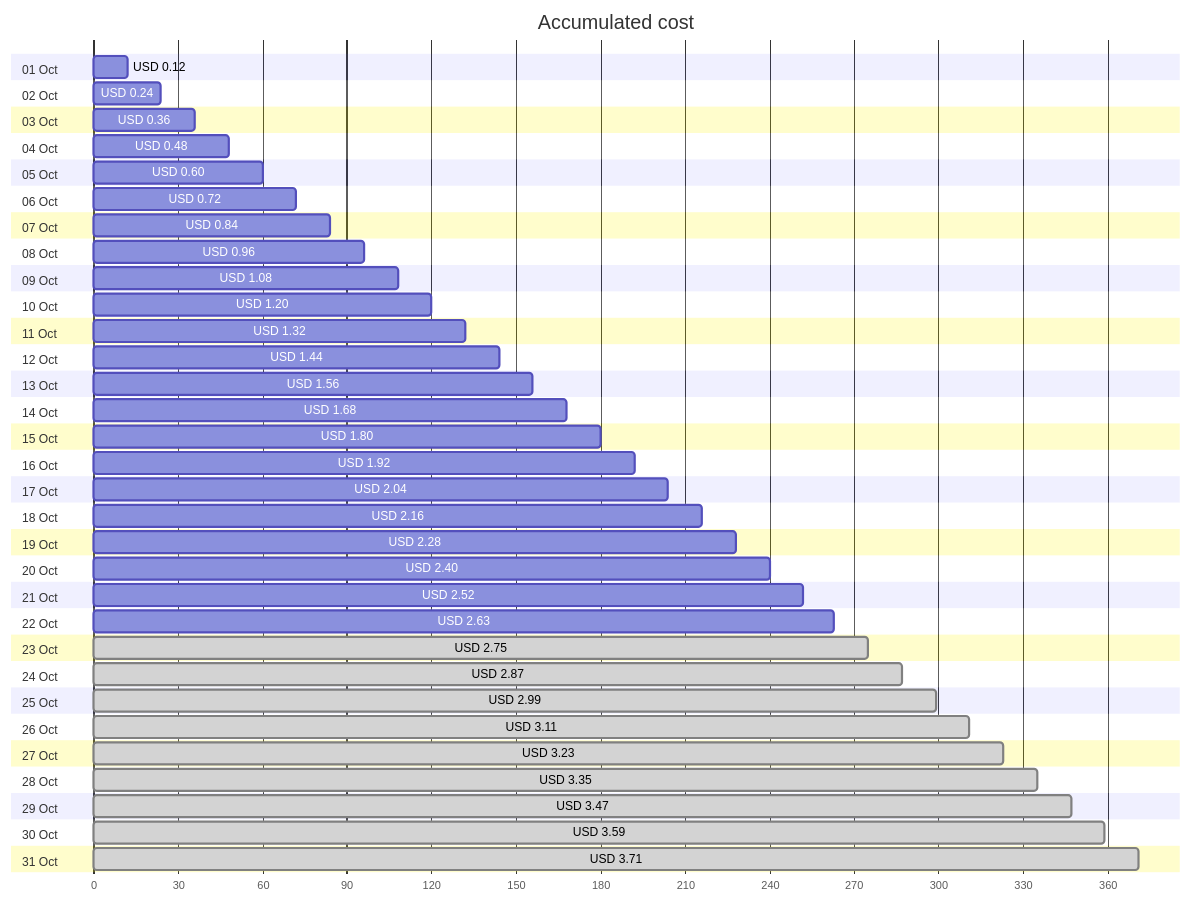
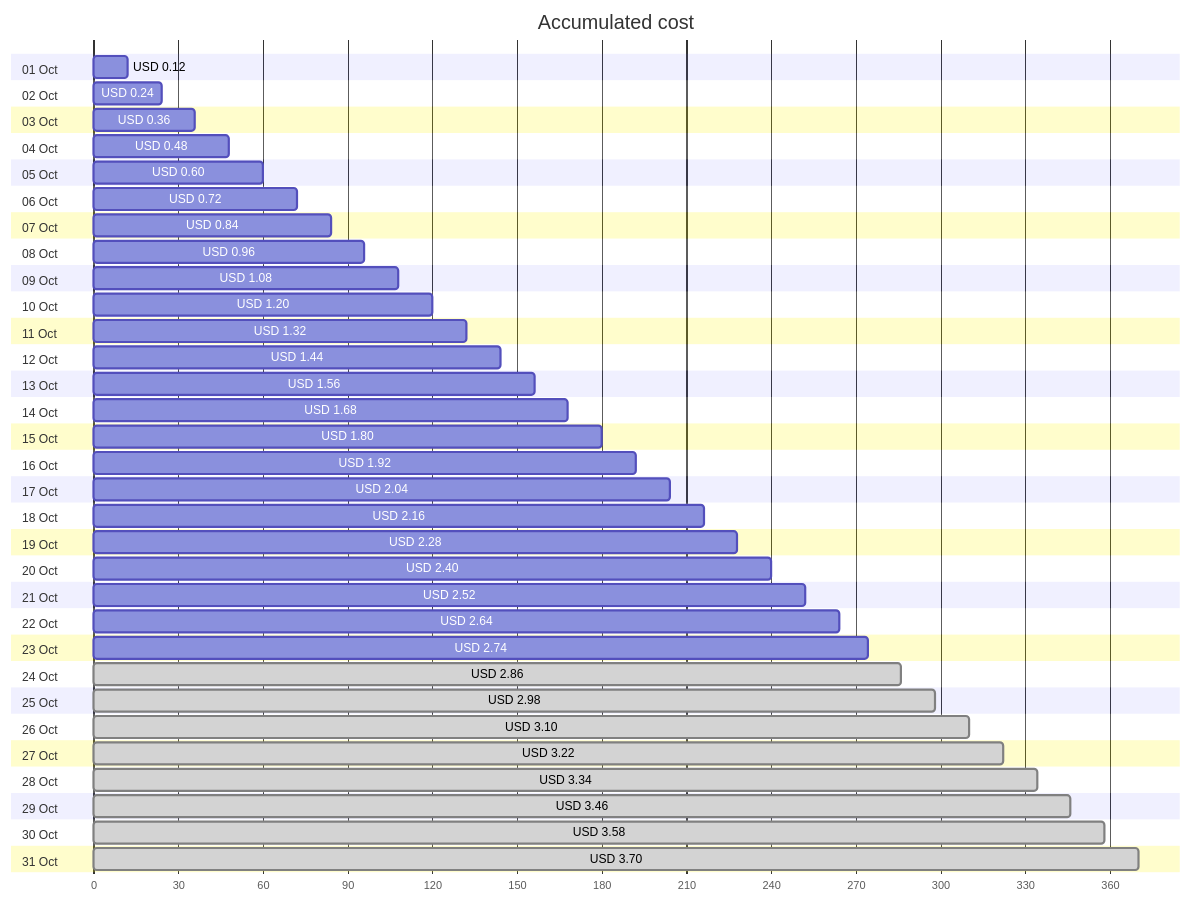
The first of 4 diagrams in cost-reports/personal-network/backup-server-public-ip.md (jpfulton/azure-personal-reports), drawn with Mermaid before and after one commit. The commit also changed other lines of this file and 8 other files, not shown here.

````diff
--- a/cost-reports/personal-network/backup-server-public-ip.md
+++ b/cost-reports/personal-network/backup-server-public-ip.md
@@ -20,68 +20,68 @@
 ```mermaid
 gantt
    title Accumulated cost
    dateFormat  X
    axisFormat %s
    section 01 Oct
    USD 0.12 :0, 12
    section 02 Oct
    USD 0.24 :0, 24
    section 03 Oct
    USD 0.36 :0, 36
    section 04 Oct
    USD 0.48 :0, 48
    section 05 Oct
    USD 0.60 :0, 60
    section 06 Oct
    USD 0.72 :0, 72
    section 07 Oct
    USD 0.84 :0, 84
    section 08 Oct
    USD 0.96 :0, 96
    section 09 Oct
    USD 1.08 :0, 108
    section 10 Oct
    USD 1.20 :0, 120
    section 11 Oct
    USD 1.32 :0, 132
    section 12 Oct
    USD 1.44 :0, 144
    section 13 Oct
    USD 1.56 :0, 156
    section 14 Oct
    USD 1.68 :0, 168
    section 15 Oct
    USD 1.80 :0, 180
    section 16 Oct
    USD 1.92 :0, 192
    section 17 Oct
    USD 2.04 :0, 204
    section 18 Oct
    USD 2.16 :0, 216
    section 19 Oct
    USD 2.28 :0, 228
    section 20 Oct
    USD 2.40 :0, 240
    section 21 Oct
    USD 2.52 :0, 252
    section 22 Oct
-   USD 2.63 :0, 263
+   USD 2.64 :0, 264
    section 23 Oct
-   USD 2.75 : done, 0, 275
+   USD 2.74 :0, 274
    section 24 Oct
-   USD 2.87 : done, 0, 287
+   USD 2.86 : done, 0, 286
    section 25 Oct
-   USD 2.99 : done, 0, 299
+   USD 2.98 : done, 0, 298
    section 26 Oct
-   USD 3.11 : done, 0, 311
+   USD 3.10 : done, 0, 310
    section 27 Oct
-   USD 3.23 : done, 0, 323
+   USD 3.22 : done, 0, 322
    section 28 Oct
-   USD 3.35 : done, 0, 335
+   USD 3.34 : done, 0, 334
    section 29 Oct
-   USD 3.47 : done, 0, 347
+   USD 3.46 : done, 0, 346
    section 30 Oct
-   USD 3.59 : done, 0, 359
+   USD 3.58 : done, 0, 358
    section 31 Oct
-   USD 3.71 : done, 0, 371
+   USD 3.70 : done, 0, 370
 ```
````
